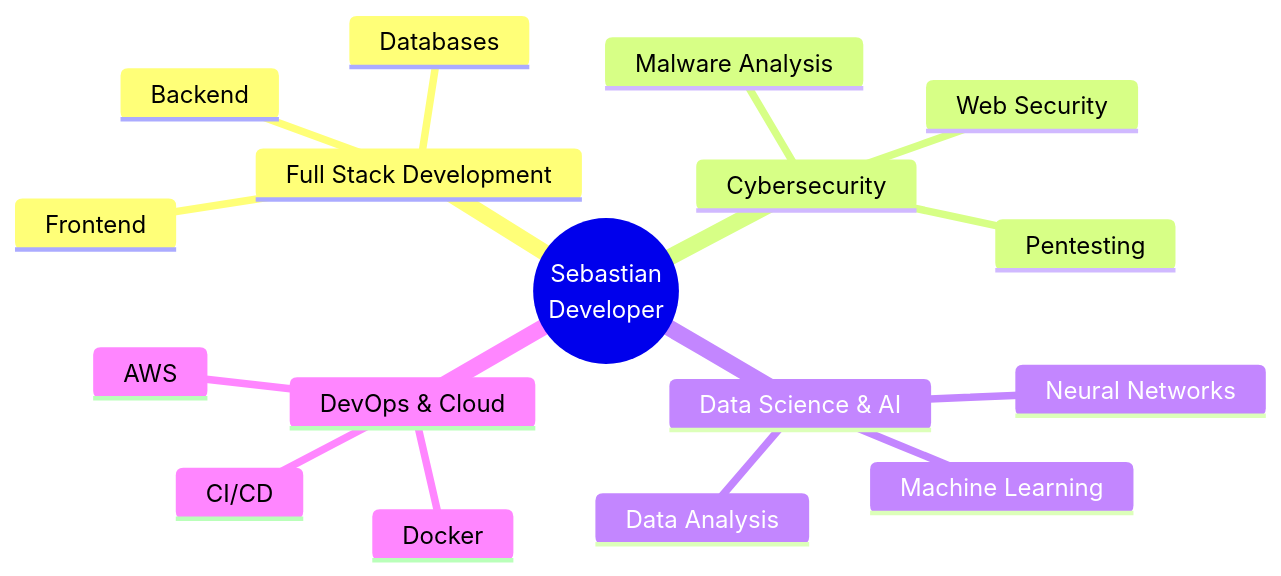
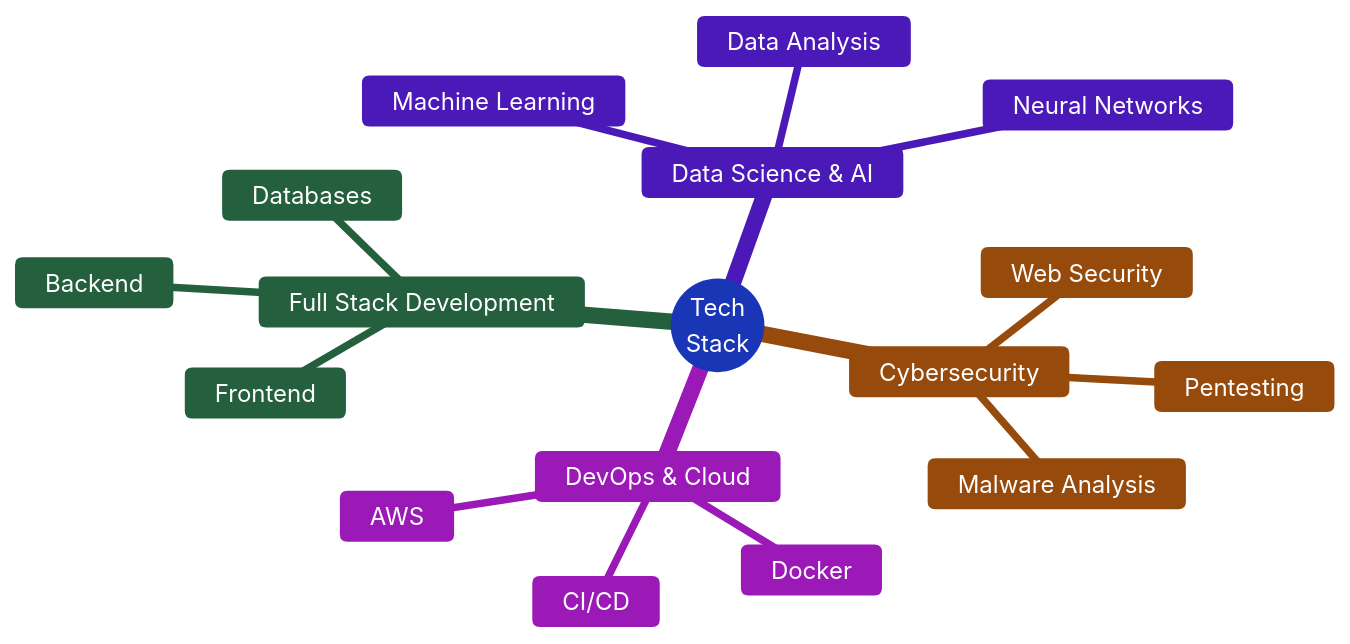
The diagram in README.md (devsebastian44/Devsebastian44), drawn with Mermaid before and after one commit.

Commit message:
Version 1

````diff
--- a/README.md
+++ b/README.md
@@ -75,21 +75,21 @@
 ```mermaid
-%%{init: {'theme':'base', 'themeVariables': { 'primaryColor':'#FF6B6B','primaryTextColor':'#000','primaryBorderColor':'#C92A2A','lineColor':'#495057','secondaryColor':'#4ECDC4','tertiaryColor':'#FFE66D','fontSize':'16px','fontFamily':'Aldrich', sans-serif;}}}%%
+%%{init: {'theme':'base', 'themeVariables': { 'primaryColor':'#667EEA','primaryTextColor':'#FFF','primaryBorderColor':'#5A67D8','lineColor':'#4299E1','secondaryColor':'#48BB78','tertiaryColor':'#ED8936','quaternaryColor':'#9F7AEA','fontSize':'16px','fontFamily':'Arial, sans-serif'}}}%%
 mindmap
-  root((Sebastian<br/>Developer))
+  root((Tech<br/>Stack))
     Full Stack Development
       Frontend
       Backend
       Databases
     Cybersecurity
       Pentesting
       Malware Analysis
       Web Security
     Data Science & AI
       Machine Learning
       Data Analysis
       Neural Networks
     DevOps & Cloud
       Docker
       AWS
       CI/CD
 ```
````
